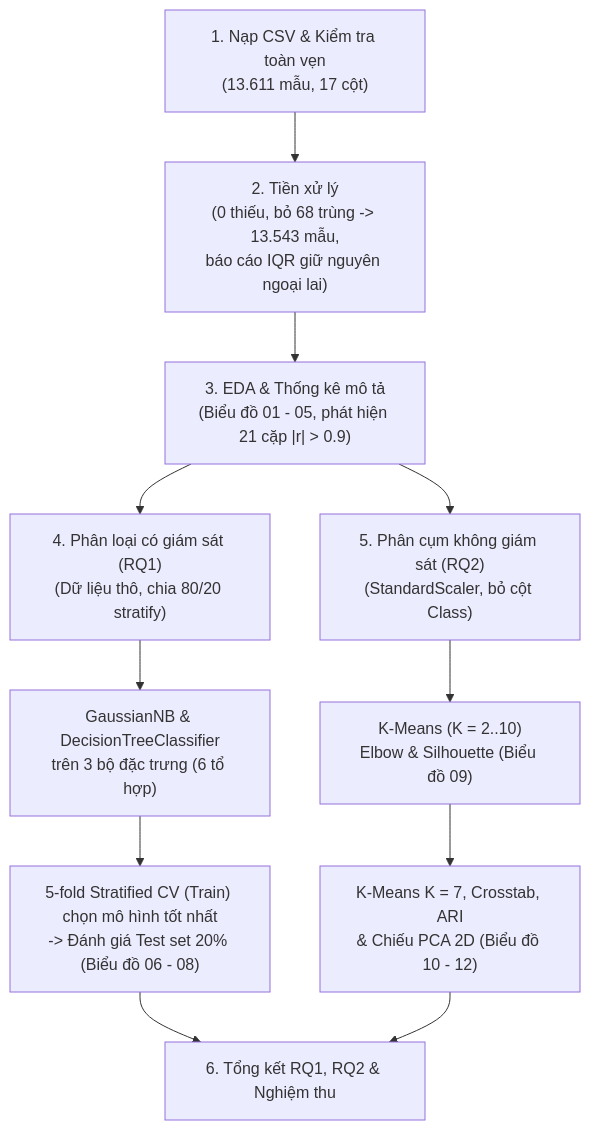
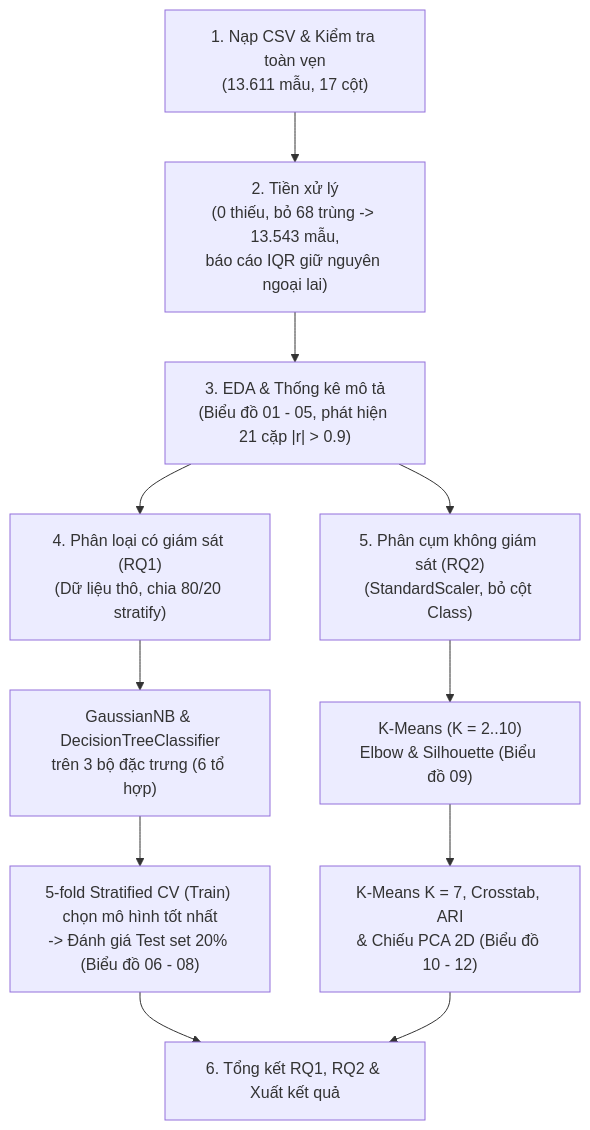
One commit to ronstudy/Data-Mining-09 changed the diagram in README.md. Above: the diagram before and after it, drawn with Mermaid. The commit also changed other lines of this file, not shown here.

````diff
--- a/README.md
+++ b/README.md
@@ -48,13 +57,13 @@
 ```mermaid
 flowchart TD
     A["1. Nạp CSV & Kiểm tra toàn vẹn<br/>(13.611 mẫu, 17 cột)"] --> B["2. Tiền xử lý<br/>(0 thiếu, bỏ 68 trùng -> 13.543 mẫu,<br/>báo cáo IQR giữ nguyên ngoại lai)"]
     B --> C["3. EDA & Thống kê mô tả<br/>(Biểu đồ 01 - 05, phát hiện 21 cặp |r| > 0.9)"]
     C --> D["4. Phân loại có giám sát (RQ1)<br/>(Dữ liệu thô, chia 80/20 stratify)"]
     C --> E["5. Phân cụm không giám sát (RQ2)<br/>(StandardScaler, bỏ cột Class)"]
     D --> D1["GaussianNB & DecisionTreeClassifier<br/>trên 3 bộ đặc trưng (6 tổ hợp)"]
     D1 --> D2["5-fold Stratified CV (Train) chọn mô hình tốt nhất<br/>-> Đánh giá Test set 20% (Biểu đồ 06 - 08)"]
     E --> E1["K-Means (K = 2..10)<br/>Elbow & Silhouette (Biểu đồ 09)"]
     E1 --> E2["K-Means K = 7, Crosstab, ARI<br/>& Chiếu PCA 2D (Biểu đồ 10 - 12)"]
-    D2 --> F["6. Tổng kết RQ1, RQ2 & Nghiệm thu"]
+    D2 --> F["6. Tổng kết RQ1, RQ2 & Xuất kết quả"]
     E2 --> F
 ```
````
